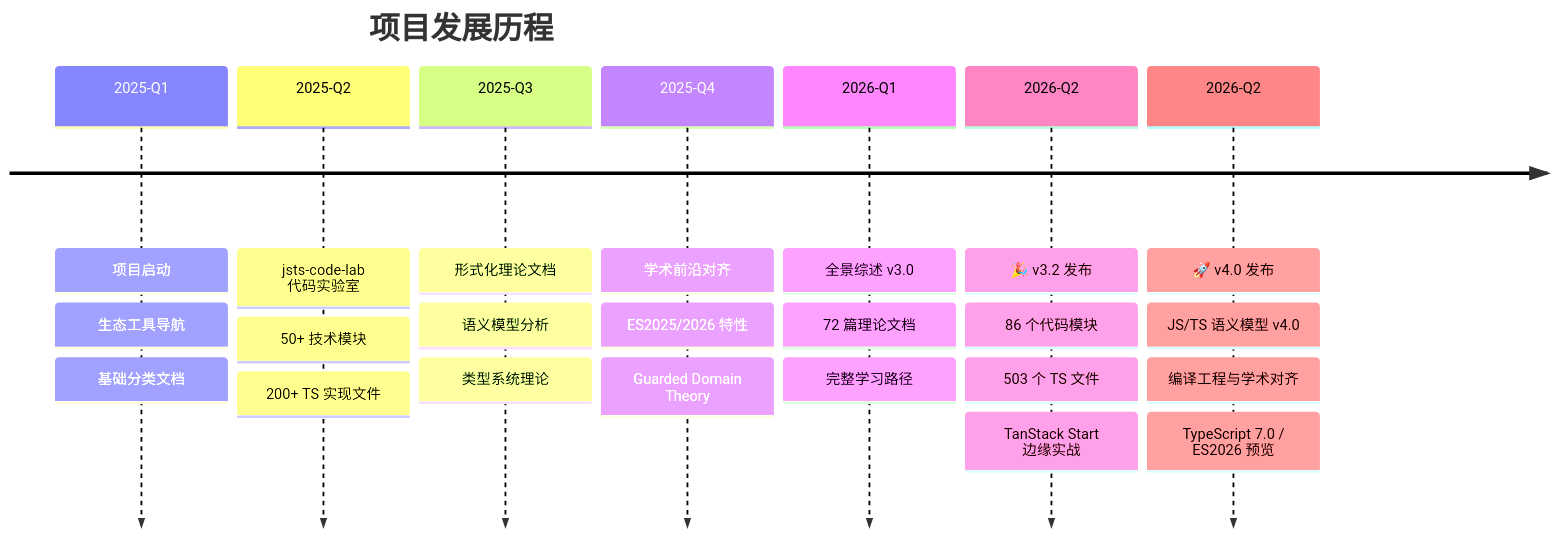
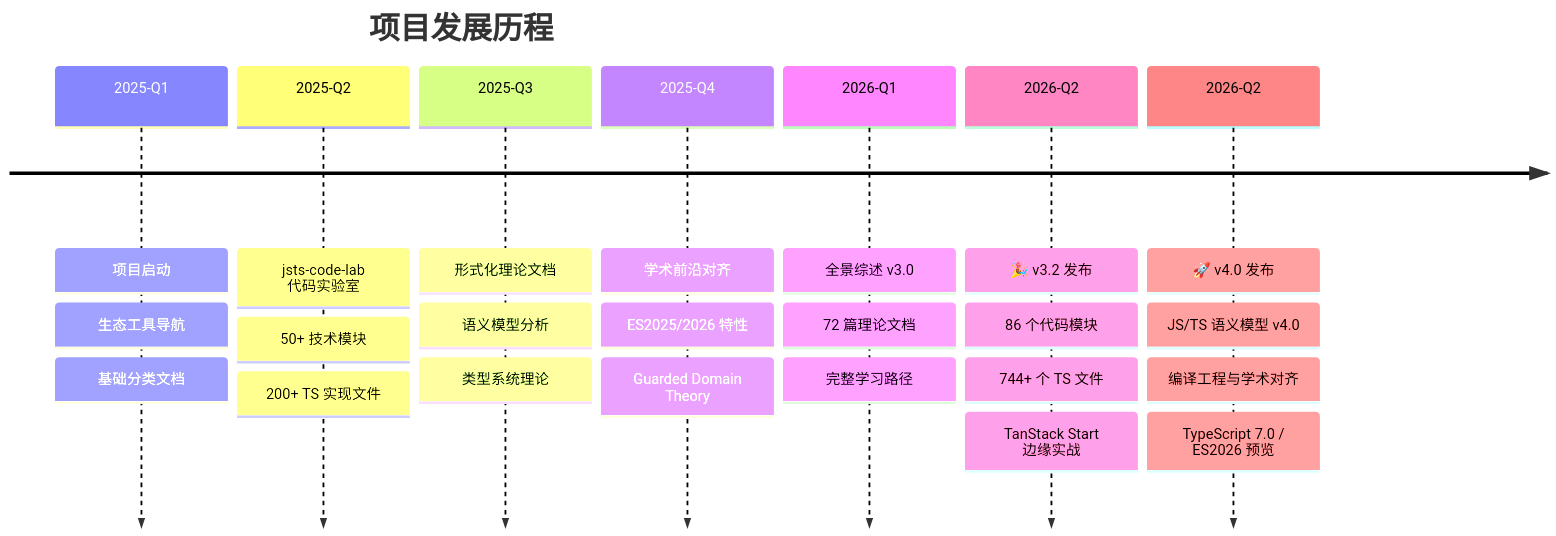
One commit to AdaMartin18010/JavaScriptTypeScript changed the first of 7 diagrams in FINAL_COMPLETION_REPORT.md. Above: the diagram before and after it, drawn with Mermaid. The commit also changed other lines of this file and 1 other file, not shown here.

````diff
--- a/FINAL_COMPLETION_REPORT.md
+++ b/FINAL_COMPLETION_REPORT.md
@@ -38,27 +38,27 @@
 ```mermaid
 timeline
     title 项目发展历程
     2025-Q1 : 项目启动
             : 生态工具导航
             : 基础分类文档
     2025-Q2 : jsts-code-lab 代码实验室
             : 50+ 技术模块
             : 200+ TS 实现文件
     2025-Q3 : 形式化理论文档
             : 语义模型分析
             : 类型系统理论
     2025-Q4 : 学术前沿对齐
             : ES2025/2026 特性
             : Guarded Domain Theory
     2026-Q1 : 全景综述 v3.0
             : 72 篇理论文档
             : 完整学习路径
     2026-Q2 : 🎉 v3.2 发布
             : 86 个代码模块
-            : 503 个 TS 文件
+            : 744+ 个 TS 文件
             : TanStack Start 边缘实战
     2026-Q2 : 🚀 v4.0 发布
             : JS/TS 语义模型 v4.0
             : 编译工程与学术对齐
             : TypeScript 7.0 / ES2026 预览
 ```
````
